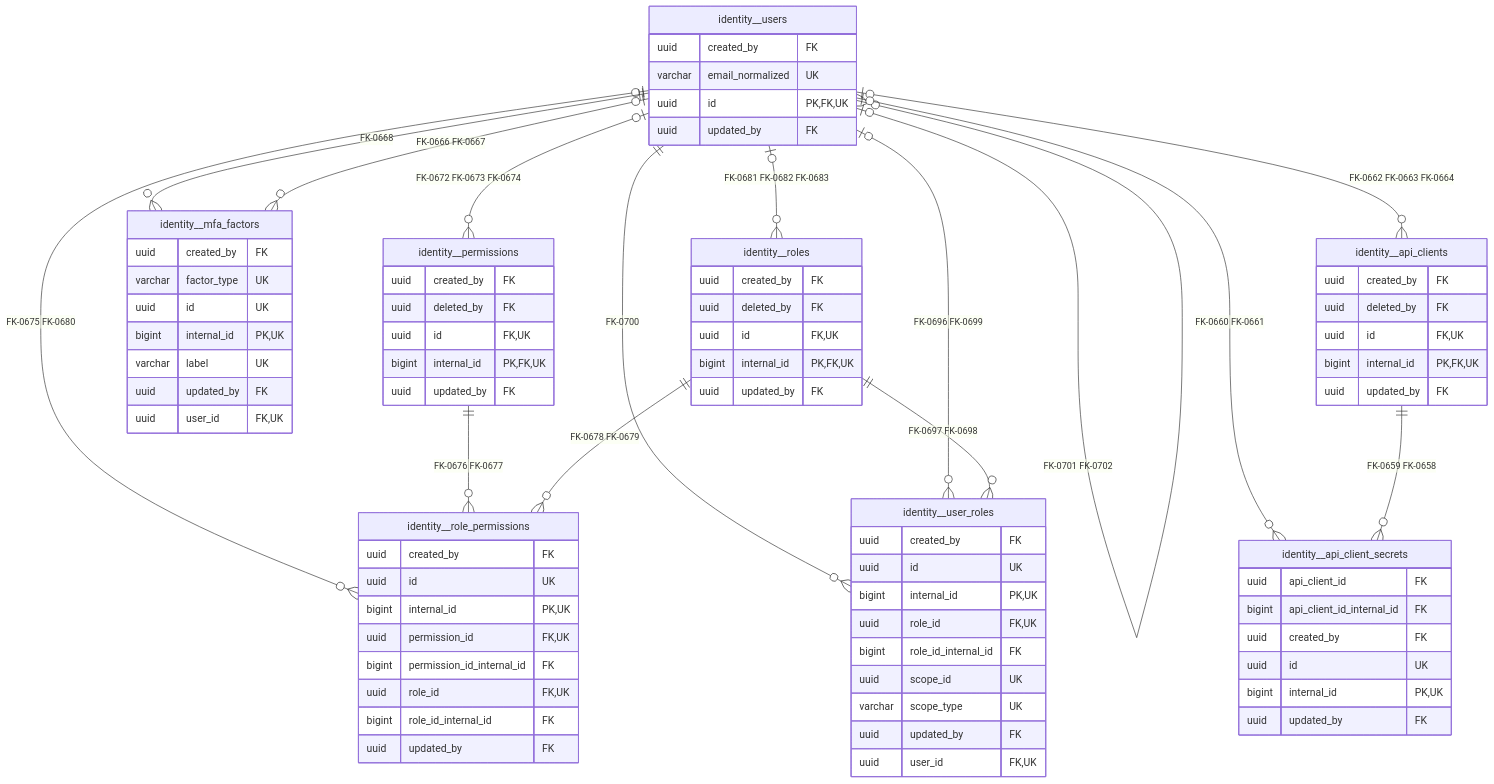
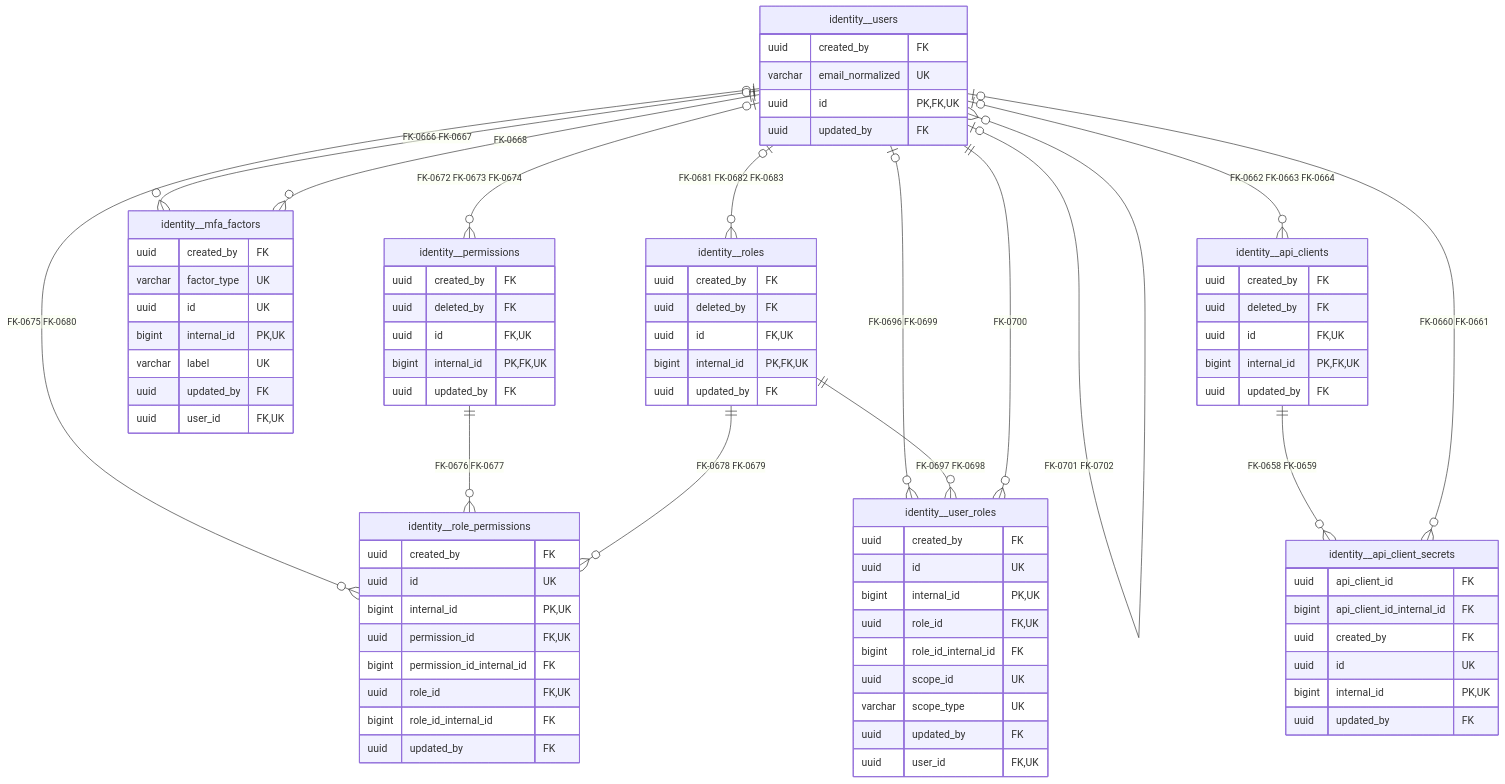
Before and after one commit to shiladityamajumder/pharmville-docs: the first of 2 diagrams in 04-Database/ER-Diagrams/10-identity.md, drawn with Mermaid. The commit also changed other lines of this file and 661 other files, not shown here.

Commit message:
docs: consolidate validated PostgreSQL schema and reorganize Pharmville into a module-driven technical blueprint

````diff
--- a/04-Database/ER-Diagrams/10-identity.md
+++ b/04-Database/ER-Diagrams/10-identity.md
@@ -36,82 +36,82 @@
 ```mermaid
 erDiagram
     identity__api_client_secrets {
         uuid api_client_id FK
         bigint api_client_id_internal_id FK
         uuid created_by FK
         uuid id UK
         bigint internal_id PK, UK
         uuid updated_by FK
     }
     identity__api_clients {
         uuid created_by FK
         uuid deleted_by FK
         uuid id FK, UK
         bigint internal_id PK, FK, UK
         uuid updated_by FK
     }
     identity__mfa_factors {
         uuid created_by FK
         varchar factor_type UK
         uuid id UK
         bigint internal_id PK, UK
         varchar label UK
         uuid updated_by FK
         uuid user_id FK, UK
     }
     identity__permissions {
         uuid created_by FK
         uuid deleted_by FK
         uuid id FK, UK
         bigint internal_id PK, FK, UK
         uuid updated_by FK
     }
     identity__role_permissions {
         uuid created_by FK
         uuid id UK
         bigint internal_id PK, UK
         uuid permission_id FK, UK
         bigint permission_id_internal_id FK
         uuid role_id FK, UK
         bigint role_id_internal_id FK
         uuid updated_by FK
     }
     identity__roles {
         uuid created_by FK
         uuid deleted_by FK
         uuid id FK, UK
         bigint internal_id PK, FK, UK
         uuid updated_by FK
     }
     identity__user_roles {
         uuid created_by FK
         uuid id UK
         bigint internal_id PK, UK
         uuid role_id FK, UK
         bigint role_id_internal_id FK
         uuid scope_id UK
         varchar scope_type UK
         uuid updated_by FK
         uuid user_id FK, UK
     }
     identity__users {
         uuid created_by FK
         varchar email_normalized UK
         uuid id PK, FK, UK
         uuid updated_by FK
     }
     identity__users o|--o{ identity__role_permissions : "FK-0675 FK-0680"
     identity__permissions ||--o{ identity__role_permissions : "FK-0676 FK-0677"
     identity__roles ||--o{ identity__role_permissions : "FK-0678 FK-0679"
     identity__users o|--o{ identity__permissions : "FK-0672 FK-0673 FK-0674"
     identity__users o|--o{ identity__roles : "FK-0681 FK-0682 FK-0683"
-    identity__users ||--o{ identity__user_roles : "FK-0700"
     identity__users o|--o{ identity__user_roles : "FK-0696 FK-0699"
     identity__roles ||--o{ identity__user_roles : "FK-0697 FK-0698"
+    identity__users ||--o{ identity__user_roles : "FK-0700"
     identity__users o|--o{ identity__users : "FK-0701 FK-0702"
     identity__users o|--o{ identity__api_clients : "FK-0662 FK-0663 FK-0664"
+    identity__api_clients ||--o{ identity__api_client_secrets : "FK-0658 FK-0659"
     identity__users o|--o{ identity__api_client_secrets : "FK-0660 FK-0661"
-    identity__api_clients ||--o{ identity__api_client_secrets : "FK-0659 FK-0658"
+    identity__users o|--o{ identity__mfa_factors : "FK-0666 FK-0667"
     identity__users ||--o{ identity__mfa_factors : "FK-0668"
-    identity__users o|--o{ identity__mfa_factors : "FK-0666 FK-0667"
 ```
````
